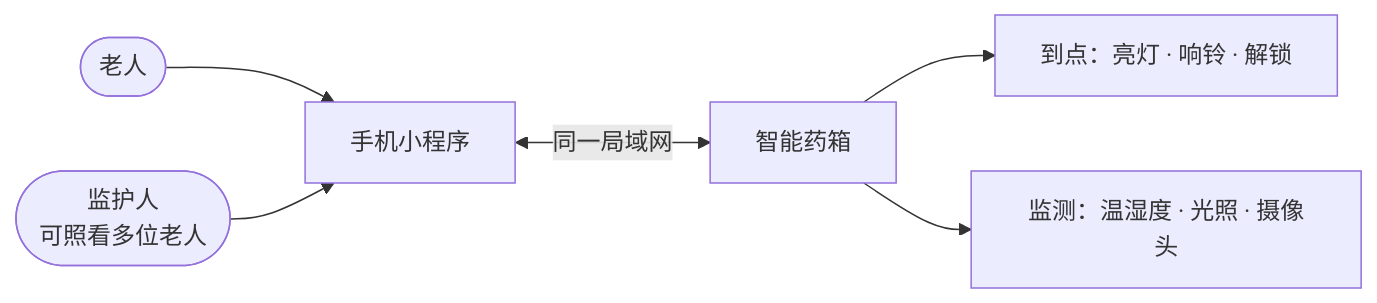
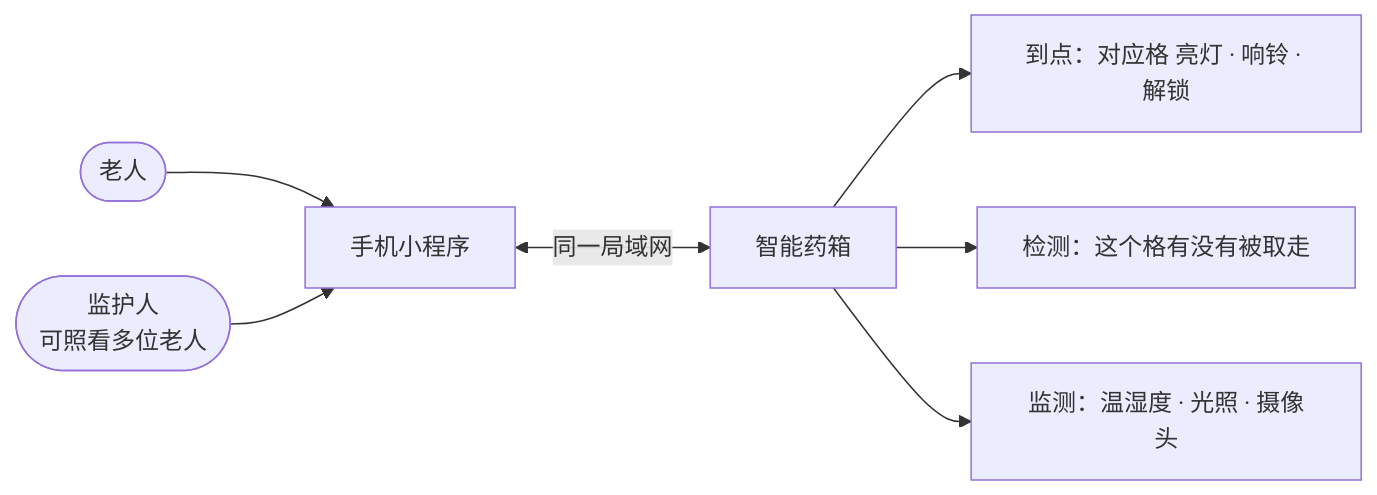
Before and after one commit to Louisyoung7/medbox: the first of 5 diagrams in docs/产品使用说明.md, drawn with Mermaid. The commit also changed other lines of this file and 1 other file, not shown here.

````diff
--- a/docs/产品使用说明.md
+++ b/docs/产品使用说明.md
@@ -12,8 +14,9 @@
 ```mermaid
 flowchart LR
   E(["老人"]) --> APP["手机小程序"]
   G(["监护人<br/>可照看多位老人"]) --> APP
   APP <-->|"同一局域网"| BOX["智能药箱"]
-  BOX --> A1["到点：亮灯 · 响铃 · 解锁"]
-  BOX --> A2["监测：温湿度 · 光照 · 摄像头"]
+  BOX --> A1["到点：对应格 亮灯 · 响铃 · 解锁"]
+  BOX --> A2["检测：这个格有没有被取走"]
+  BOX --> A3["监测：温湿度 · 光照 · 摄像头"]
 ```
````
